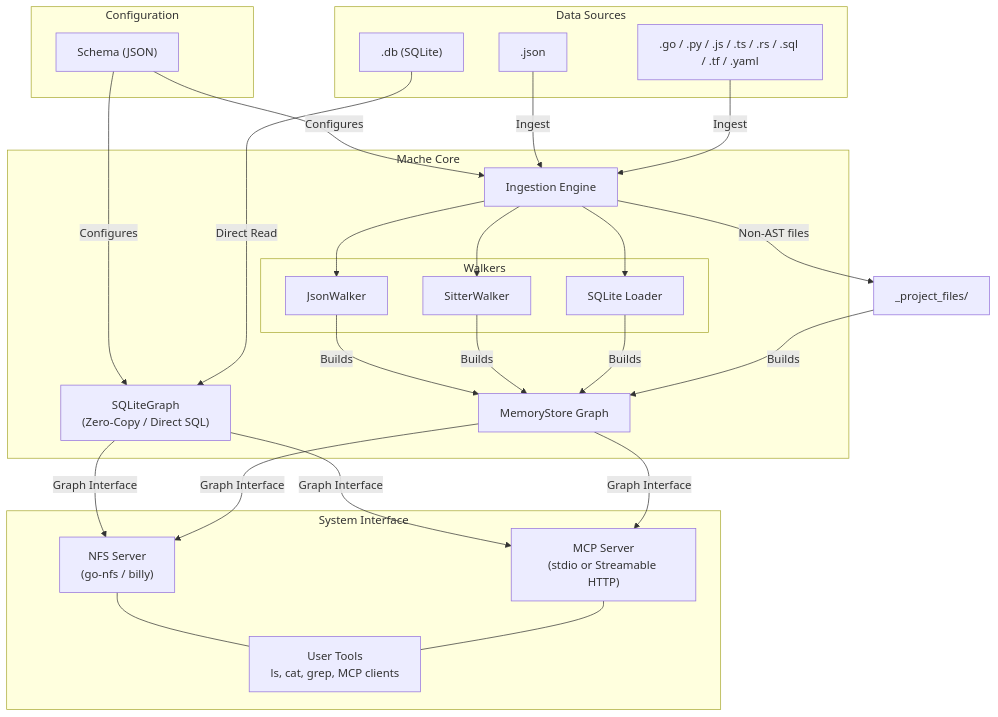
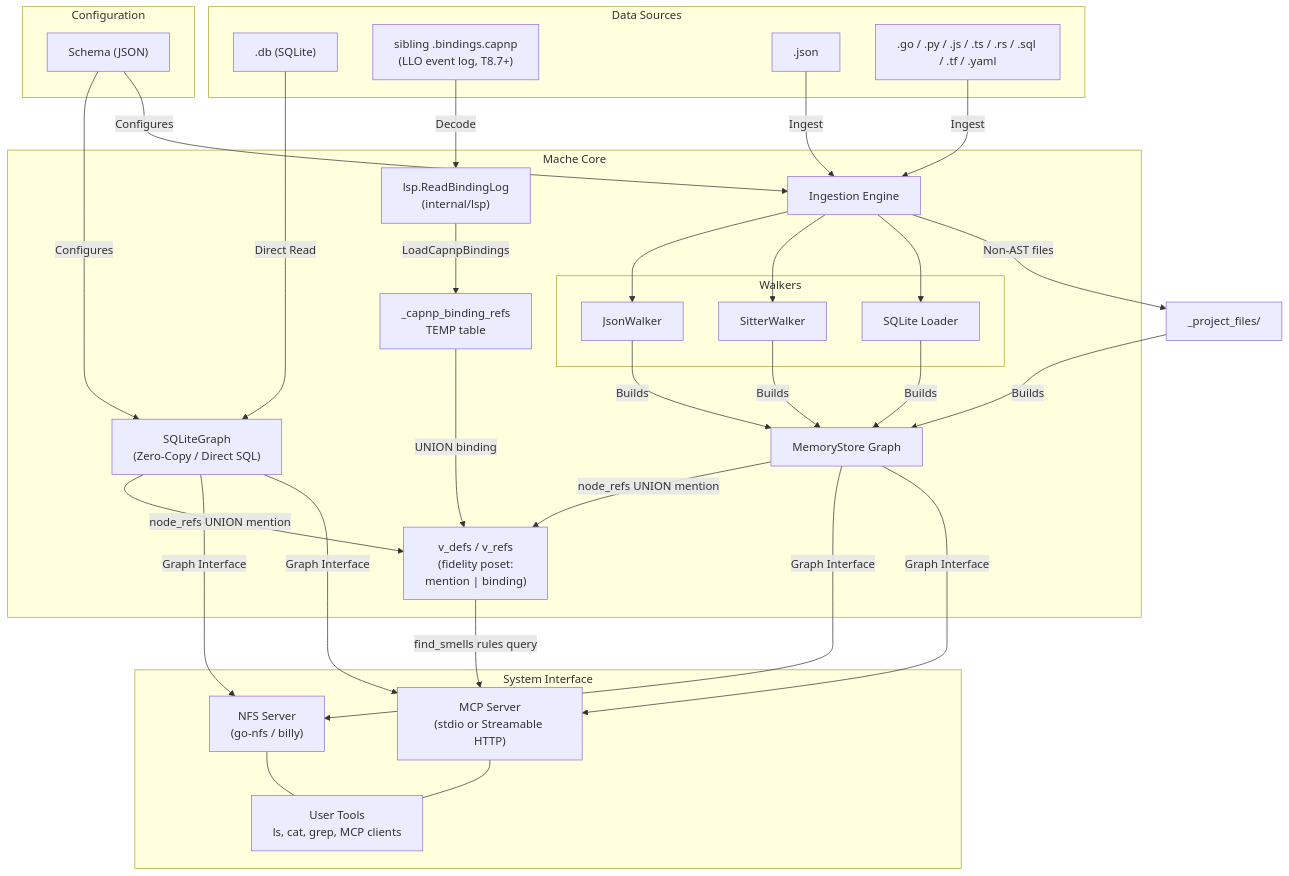
Before and after one commit to agentic-research/mache: the first of 2 diagrams in docs/ARCHITECTURE.md, drawn with Mermaid. The commit also changed other lines of this file and 1 other file, not shown here.

First line of the commit message:
docs: capture T8 canonical views + capnp event log in README/ARCHITECTURE

````diff
--- a/docs/ARCHITECTURE.md
+++ b/docs/ARCHITECTURE.md
@@ -16,56 +16,68 @@
 ```mermaid
 graph TD
     subgraph Configuration
         Schema["Schema (JSON)"]
     end
 
     subgraph "Data Sources"
         SQLiteFile[".db (SQLite)"]
+        BindingLog["sibling .bindings.capnp<br/>(LLO event log, T8.7+)"]
         FlatFile[".json"]
         SourceCode[".go / .py / .js / .ts / .rs / .sql / .tf / .yaml"]
     end
 
     subgraph "Mache Core"
         SQLiteGraph["SQLiteGraph<br/>(Zero-Copy / Direct SQL)"]
         Engine[Ingestion Engine]
 
         subgraph "Walkers"
             JW[JsonWalker]
             SW[SitterWalker]
             SL[SQLite Loader]
         end
 
         MemoryStore["MemoryStore Graph"]
+
+        BindingReader["lsp.ReadBindingLog<br/>(internal/lsp)"]
+        CapnpTemp["_capnp_binding_refs<br/>TEMP table"]
+        CanonView["v_defs / v_refs<br/>(fidelity poset:<br/>mention | binding)"]
     end
 
     subgraph "System Interface"
         NFS["NFS Server<br/>(go-nfs / billy)"]
         MCP["MCP Server<br/>(stdio or Streamable HTTP)"]
         Tools["User Tools<br/>ls, cat, grep, MCP clients"]
     end
 
     Schema -->|Configures| SQLiteGraph
     Schema -->|Configures| Engine
 
     SQLiteFile -->|Direct Read| SQLiteGraph
     FlatFile -->|Ingest| Engine
     SourceCode -->|Ingest| Engine
 
     Engine --> JW
     Engine --> SW
     Engine --> SL
 
     JW -->|Builds| MemoryStore
     SW -->|Builds| MemoryStore
     SL -->|Builds| MemoryStore
     Engine -->|"Non-AST files"| ProjectFiles["_project_files/"]
     ProjectFiles -->|Builds| MemoryStore
 
+    BindingLog -->|Decode| BindingReader
+    BindingReader -->|LoadCapnpBindings| CapnpTemp
+    CapnpTemp -->|UNION binding| CanonView
+    SQLiteGraph -->|node_refs UNION mention| CanonView
+    MemoryStore -->|node_refs UNION mention| CanonView
+
     SQLiteGraph -->|Graph Interface| NFS
     MemoryStore -->|Graph Interface| NFS
     SQLiteGraph -->|Graph Interface| MCP
     MemoryStore -->|Graph Interface| MCP
+    CanonView -->|find_smells rules query| MCP
 
     NFS --- Tools
     MCP --- Tools
 ```
````
